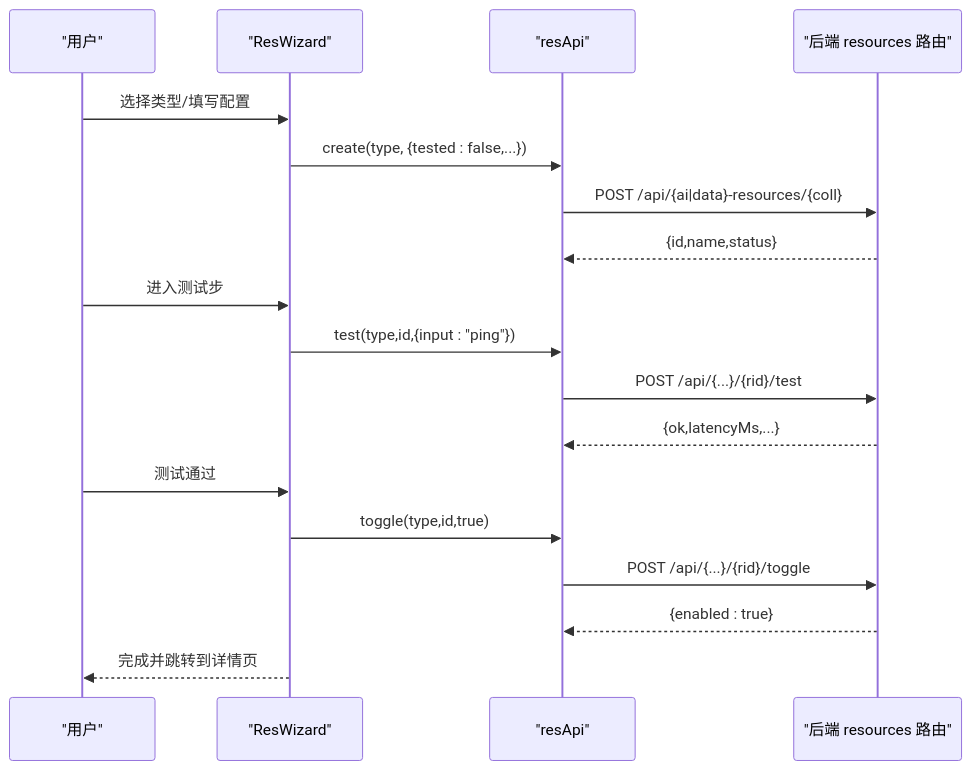
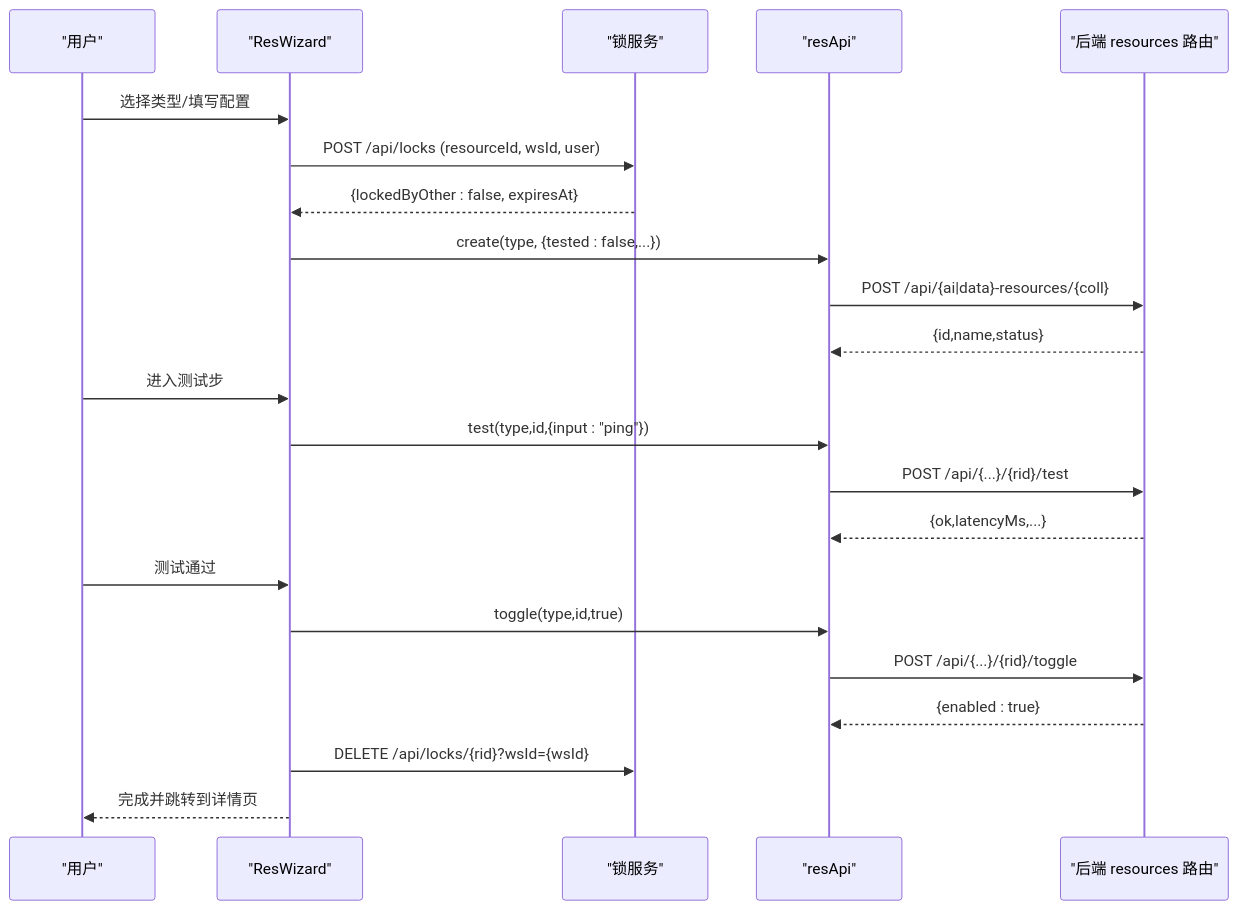
One commit to huiliuxu780/MoreThanCorn changed the first of 2 diagrams in .qoder/repowiki/zh/content/资源管理域.md. Above: the diagram before and after it, drawn with Mermaid. The commit also changed other lines of this file and 125 other files, not shown here.

````diff
--- a/.qoder/repowiki/zh/content/资源管理域.md
+++ b/.qoder/repowiki/zh/content/资源管理域.md
@@ -42,20 +59,24 @@
 ```mermaid
 sequenceDiagram
 participant U as "用户"
 participant W as "ResWizard"
+participant L as "锁服务"
 participant API as "resApi"
 participant S as "后端 resources 路由"
 U->>W : 选择类型/填写配置
+W->>L : POST /api/locks (resourceId, wsId, user)
+L-->>W : {lockedByOther : false, expiresAt}
 W->>API : create(type, {tested : false,...})
 API->>S : POST /api/{ai|data}-resources/{coll}
 S-->>API : {id,name,status}
 U->>W : 进入测试步
 W->>API : test(type,id,{input : "ping"})
 API->>S : POST /api/{...}/{rid}/test
 S-->>API : {ok,latencyMs,...}
 U->>W : 测试通过
 W->>API : toggle(type,id,true)
 API->>S : POST /api/{...}/{rid}/toggle
 S-->>API : {enabled : true}
+W->>L : DELETE /api/locks/{rid}?wsId={wsId}
 W-->>U : 完成并跳转到详情页
 ```
````
